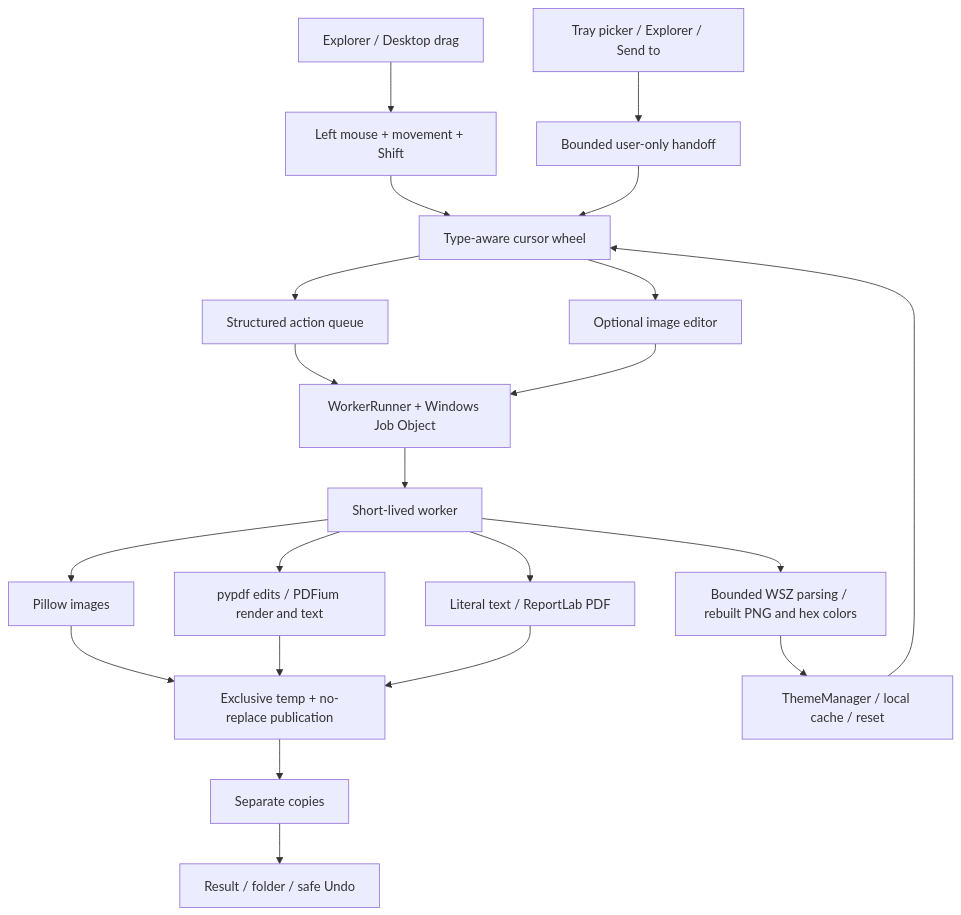
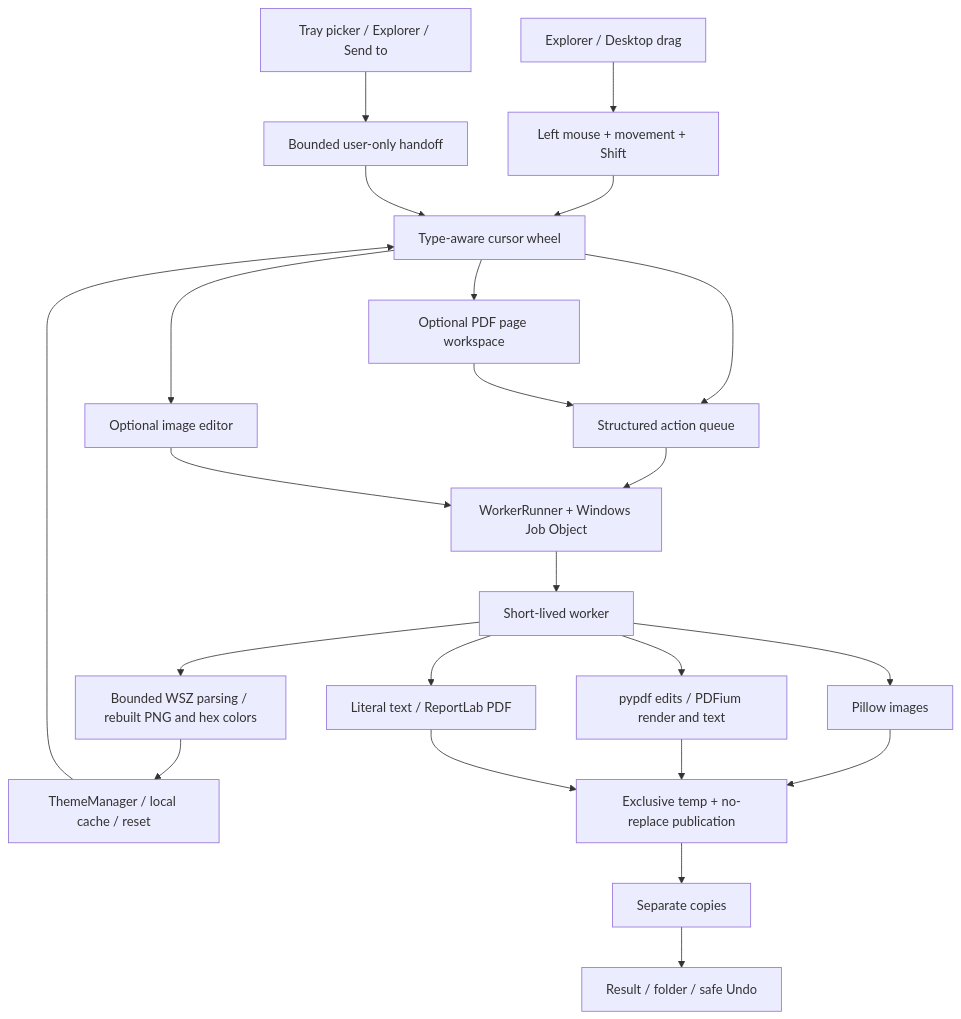
One commit to shishirrd/bitdeck changed the diagram in docs/architecture.md. Above: the diagram before and after it, drawn with Mermaid. The commit also changed other lines of this file and 23 other files, not shown here.

Commit message:
Add image editing, PDF page controls and batch workflow for v0.4

````diff
--- a/docs/architecture.md
+++ b/docs/architecture.md
@@ -3,23 +3,25 @@
 ```mermaid
 flowchart TD
     Explorer[Explorer / Desktop drag] --> Trigger[Left mouse + movement + Shift]
     Trigger --> Wheel[Type-aware cursor wheel]
     Files[Tray picker / Explorer / Send to] --> Handoff[Bounded user-only handoff]
     Handoff --> Wheel
     Wheel --> Queue[Structured action queue]
     Wheel --> Editor[Optional image editor]
+    Wheel --> Pages[Optional PDF page workspace]
+    Pages --> Queue
     Queue --> Controller[WorkerRunner + Windows Job Object]
     Editor --> Controller
     Controller --> Worker[Short-lived worker]
     Worker --> Images[Pillow images]
     Worker --> PDF[pypdf edits / PDFium render and text]
     Worker --> Text[Literal text / ReportLab PDF]
     Worker --> Skin[Bounded WSZ parsing / rebuilt PNG and hex colors]
     Skin --> Themes[ThemeManager / local cache / reset]
     Themes --> Wheel
     Images --> Publish[Exclusive temp + no-replace publication]
     PDF --> Publish
     Text --> Publish
     Publish --> Outputs[Separate copies]
     Outputs --> Card[Result / folder / safe Undo]
 ```
````
